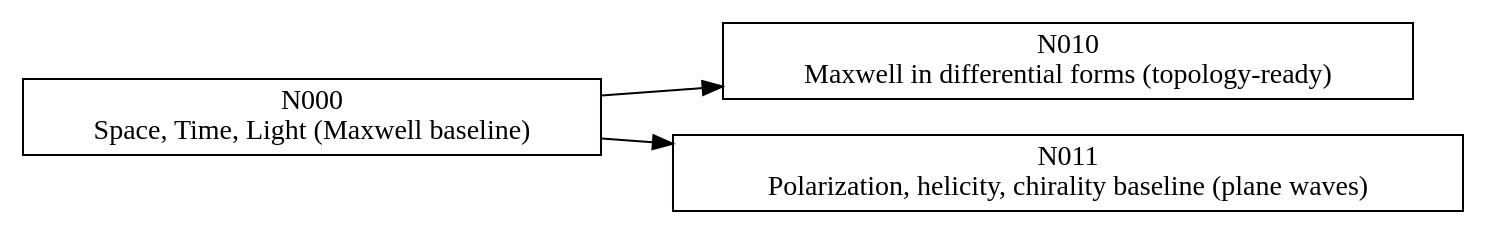
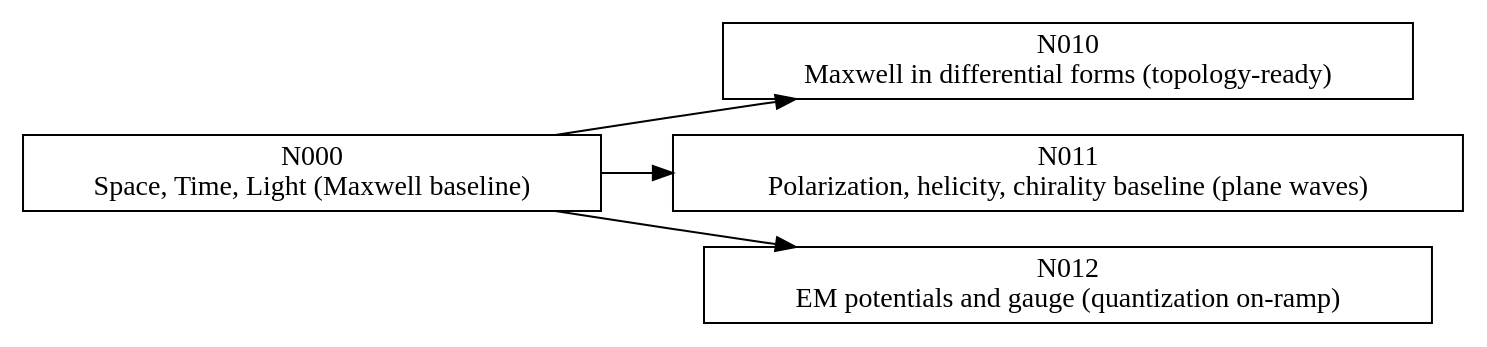
One commit to WeBeGood/Atom2.1-ToE changed the diagram in TREE.dot. Above: the diagram before and after it, drawn with Graphviz. The commit also changed 2 other files, not shown here.

```diff
--- a/TREE.dot
+++ b/TREE.dot
@@ -1,9 +1,11 @@
 digraph Atom21Nodes {
   rankdir=LR;
   node [shape=box];
   "N000" [label="N000\nSpace, Time, Light (Maxwell baseline)"]; 
   "N010" [label="N010\nMaxwell in differential forms (topology-ready)"]; 
   "N011" [label="N011\nPolarization, helicity, chirality baseline (plane waves)"]; 
+  "N012" [label="N012\nEM potentials and gauge (quantization on-ramp)"]; 
   "N000" -> "N010";
   "N000" -> "N011";
+  "N000" -> "N012";
 }
```
